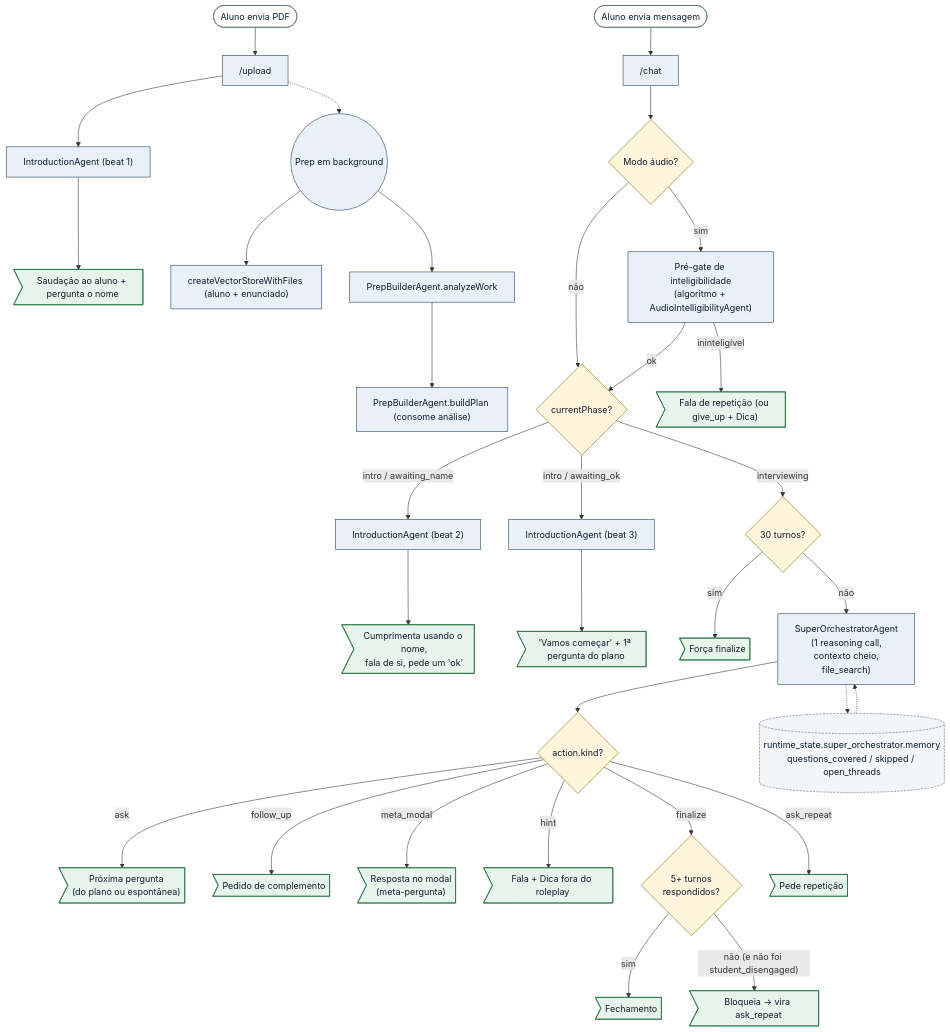
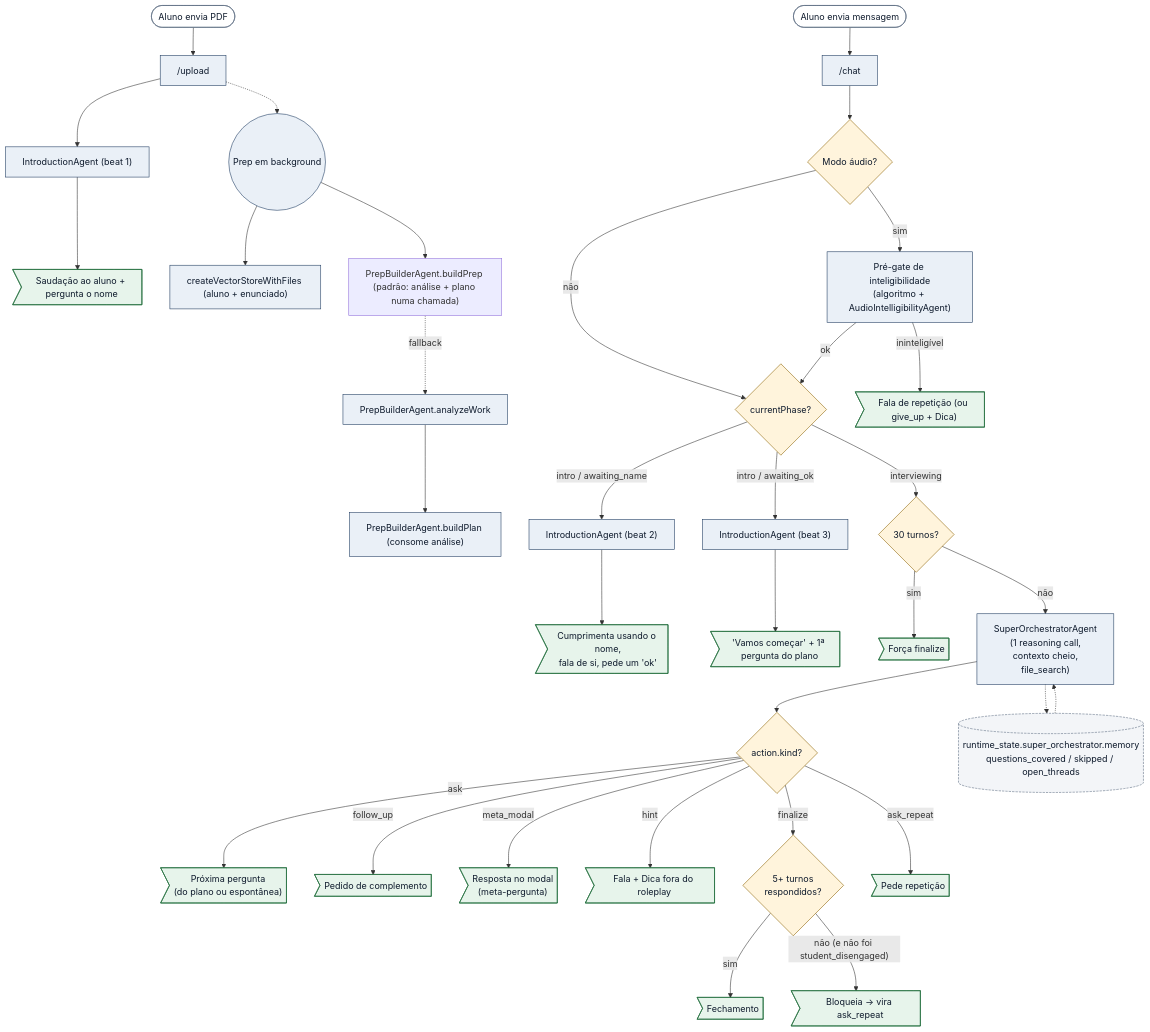
Before and after one commit to gladsjr/super-ta: the first of 4 diagrams in docs/architecture.md, drawn with Mermaid. The commit also changed other lines of this file and 3 other files, not shown here.

First line of the commit message:
Prep numa chamada (merged) com fallback + cap de perguntas em 10

````diff
--- a/docs/architecture.md
+++ b/docs/architecture.md
@@ -16,68 +16,70 @@
 ```mermaid
 flowchart TD
   %% UPLOAD: PDF do aluno + enunciado → análise serializada → plano informado.
   Upload([Aluno envia PDF]) --> UploadHandler["/upload"]
   UploadHandler --> IntroAgent1["IntroductionAgent (beat 1)"]
   IntroAgent1 --> OutGreeting>"Saudação ao aluno + pergunta o nome"]
   UploadHandler -.-> Prep(("Prep em background"))
   Prep --> VectorStore["createVectorStoreWithFiles (aluno + enunciado)"]
-  Prep --> Analyze["PrepBuilderAgent.analyzeWork"]
+  Prep --> BuildPrep["PrepBuilderAgent.buildPrep (padrão: análise + plano numa chamada)"]
+  BuildPrep -. fallback .-> Analyze["PrepBuilderAgent.analyzeWork"]
   Analyze --> BuildPlan["PrepBuilderAgent.buildPlan (consome análise)"]
 
   %% CHAT: dispara o ciclo principal a cada mensagem do aluno.
   Start([Aluno envia mensagem]) --> ChatHandler["/chat"]
   ChatHandler --> AudioGate{"Modo áudio?"}
   AudioGate -- "sim" --> Inteligibility["Pré-gate de inteligibilidade<br/>(algoritmo + AudioIntelligibilityAgent)"]
   AudioGate -- "não" --> PhaseGate{"currentPhase?"}
   Inteligibility -->|"ininteligível"| OutRepeat>"Fala de repetição (ou give_up + Dica)"]
   Inteligibility -->|"ok"| PhaseGate
 
   %% INTRO PHASE — roteiro determinístico de 3 falas.
   PhaseGate -- "intro / awaiting_name" --> IntroPresent["IntroductionAgent (beat 2)"]
   IntroPresent --> OutPresent>"Cumprimenta usando o nome,<br/>fala de si, pede um 'ok'"]
   PhaseGate -- "intro / awaiting_ok" --> IntroBegin["IntroductionAgent (beat 3)"]
   IntroBegin --> OutFirstQ>"'Vamos começar' + 1ª pergunta do plano"]
 
   %% INTERVIEWING PHASE — super-orquestrador decide tudo.
   PhaseGate -- "interviewing" --> CapCheck{"30 turnos?"}
   CapCheck -- "sim" --> OutCapFinalize>"Força finalize"]
   CapCheck -- "não" --> SuperOrq["SuperOrchestratorAgent<br/>(1 reasoning call,<br/>contexto cheio,<br/>file_search)"]
   SuperOrq --> ActionSchema{"action.kind?"}
   ActionSchema -- "ask" --> OutAsk>"Próxima pergunta<br/>(do plano ou espontânea)"]
   ActionSchema -- "follow_up" --> OutFollowUp>"Pedido de complemento"]
   ActionSchema -- "meta_modal" --> OutMeta>"Resposta no modal<br/>(meta-pergunta)"]
   ActionSchema -- "hint" --> OutHint>"Fala + Dica fora do roleplay"]
   ActionSchema -- "finalize" --> FinalizeGate{"5+ turnos<br/>respondidos?"}
   FinalizeGate -- "sim" --> OutFinalize>"Fechamento"]
   FinalizeGate -- "não (e não foi student_disengaged)" --> OutRefuseFinalize>"Bloqueia → vira ask_repeat"]
   ActionSchema -- "ask_repeat" --> OutAskRepeat>"Pede repetição"]
 
   %% Persistência de memória entre turnos do super-orquestrador.
   SuperOrq -.-> Memory[("runtime_state.super_orchestrator.memory<br/>questions_covered / skipped / open_threads")]
   Memory -.-> SuperOrq
 
   classDef agent fill:#eaf0f7,stroke:#1e3a5f,color:#0f1b2d;
   classDef gate  fill:#fff4dc,stroke:#8a6100,color:#0f1b2d;
   classDef out   fill:#e7f4eb,stroke:#1f6c3b,color:#0f1b2d;
   classDef entry fill:#ffffff,stroke:#5a6b80,color:#0f1b2d;
   classDef state fill:#f3f5f8,stroke:#5a6b80,color:#0f1b2d,stroke-dasharray: 4 2;
 
   class UploadHandler,ChatHandler,IntroAgent1,IntroPresent,IntroBegin,SuperOrq,Inteligibility,Analyze,BuildPlan,VectorStore,Prep agent
   class AudioGate,PhaseGate,ActionSchema,CapCheck,FinalizeGate gate
   class OutGreeting,OutPresent,OutFirstQ,OutAsk,OutFollowUp,OutMeta,OutHint,OutFinalize,OutAskRepeat,OutRepeat,OutCapFinalize,OutRefuseFinalize out
   class Upload,Start entry
   class Memory state
 
   click UploadHandler "vscode://file/c:/Users/glads/src/super-ta/routes/interview.js:137" "Abre o handler /upload"
   click ChatHandler "vscode://file/c:/Users/glads/src/super-ta/routes/interview.js:474" "Abre o handler /chat"
   click PhaseGate "vscode://file/c:/Users/glads/src/super-ta/routes/interview.js:554" "Abre o gate de currentPhase"
   click IntroAgent1 "vscode://file/c:/Users/glads/src/super-ta/agents/IntroductionAgent.js:39" "Abre o systemPrompt (bodyFor) do IntroductionAgent"
   click IntroPresent "vscode://file/c:/Users/glads/src/super-ta/agents/IntroductionAgent.js:39" "Abre o systemPrompt (bodyFor) do IntroductionAgent"
   click IntroBegin "vscode://file/c:/Users/glads/src/super-ta/agents/IntroductionAgent.js:39" "Abre o systemPrompt (bodyFor) do IntroductionAgent"
   click Inteligibility "vscode://file/c:/Users/glads/src/super-ta/routes/interview.js:74" "Abre runAudioIntelligibilityGate"
   click SuperOrq "vscode://file/c:/Users/glads/src/super-ta/agents/SuperOrchestratorAgent.js:36" "Abre o systemPromptBody do SuperOrchestratorAgent"
   click ActionSchema "vscode://file/c:/Users/glads/src/super-ta/lib/superOrchestrator/actionSchema.js" "Abre o schema da ação"
+  click BuildPrep "vscode://file/c:/Users/glads/src/super-ta/agents/PrepBuilderAgent.js" "Abre _mergedPrep"
   click Analyze "vscode://file/c:/Users/glads/src/super-ta/agents/PrepBuilderAgent.js:42" "Abre analyzeSystemBody"
   click BuildPlan "vscode://file/c:/Users/glads/src/super-ta/agents/PrepBuilderAgent.js" "Abre buildPlan"
   click VectorStore "vscode://file/c:/Users/glads/src/super-ta/lib/sessionLifecycle.js:59" "Abre createVectorStoreWithFiles"
 ```
````
